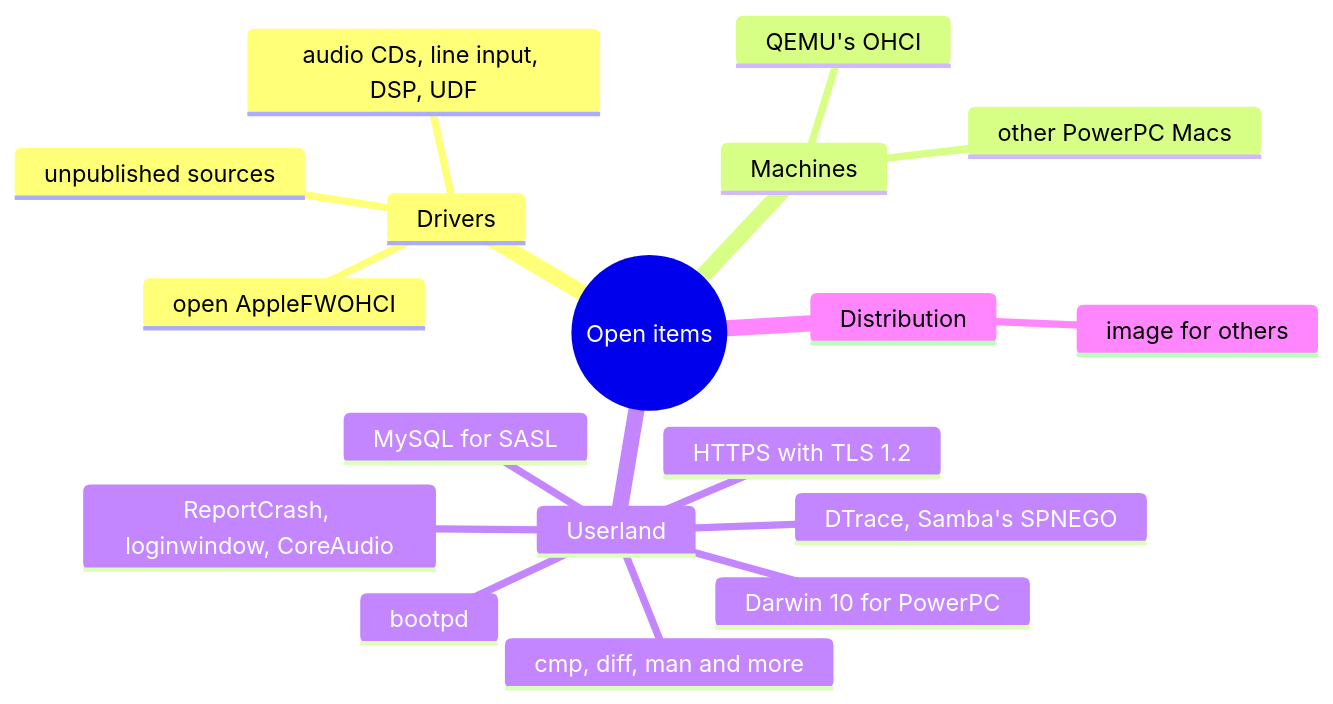
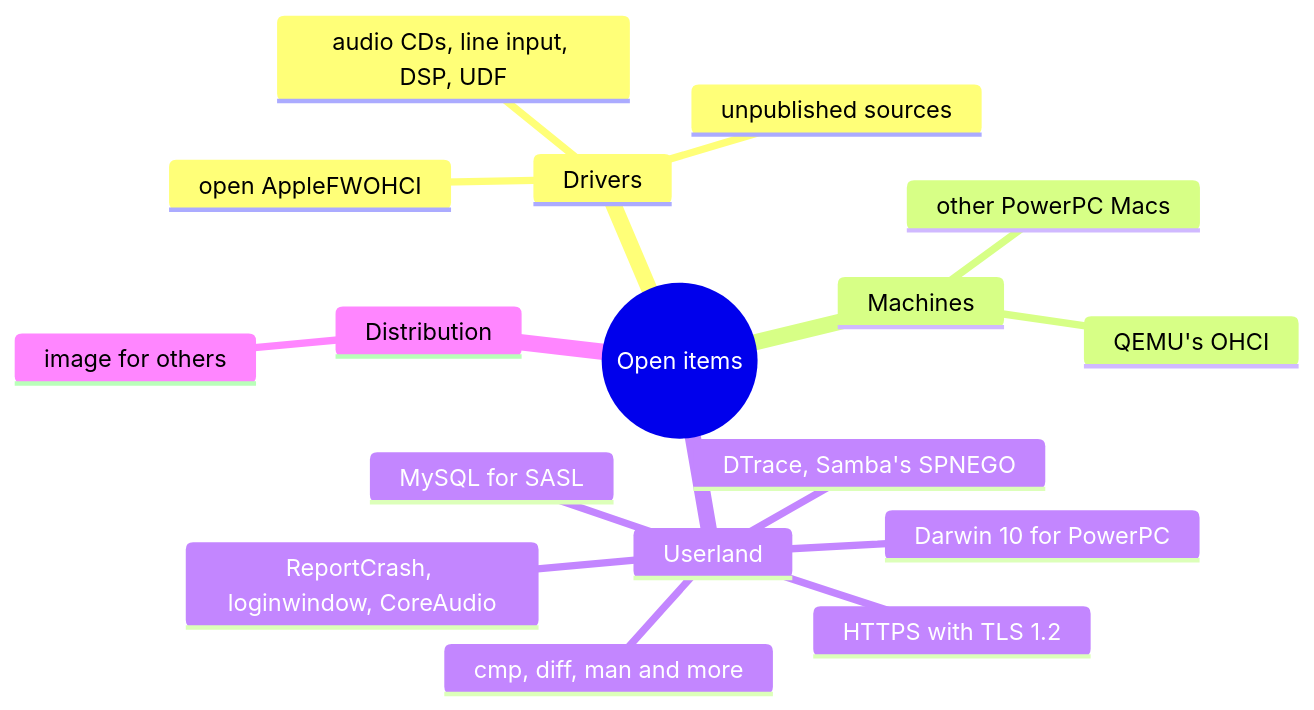
One commit to nyg/PowerDarwin changed the diagram in docs/src/steps/whats-next.md. Above: the diagram before and after it, drawn with Mermaid. The commit also changed other lines of this file and 8 other files, not shown here.

````diff
--- a/docs/src/steps/whats-next.md
+++ b/docs/src/steps/whats-next.md
@@ -89,21 +89,20 @@
 ```mermaid
 mindmap
   root((Open items))
     Drivers
       open AppleFWOHCI
       audio CDs, line input, DSP, UDF
       unpublished sources
     Machines
       other PowerPC Macs
       QEMU's OHCI
     Userland
-      bootpd
       ReportCrash, loginwindow, CoreAudio
       MySQL for SASL
       cmp, diff, man and more
       HTTPS with TLS 1.2
       DTrace, Samba's SPNEGO
       Darwin 10 for PowerPC
     Distribution
       image for others
 ```
````
